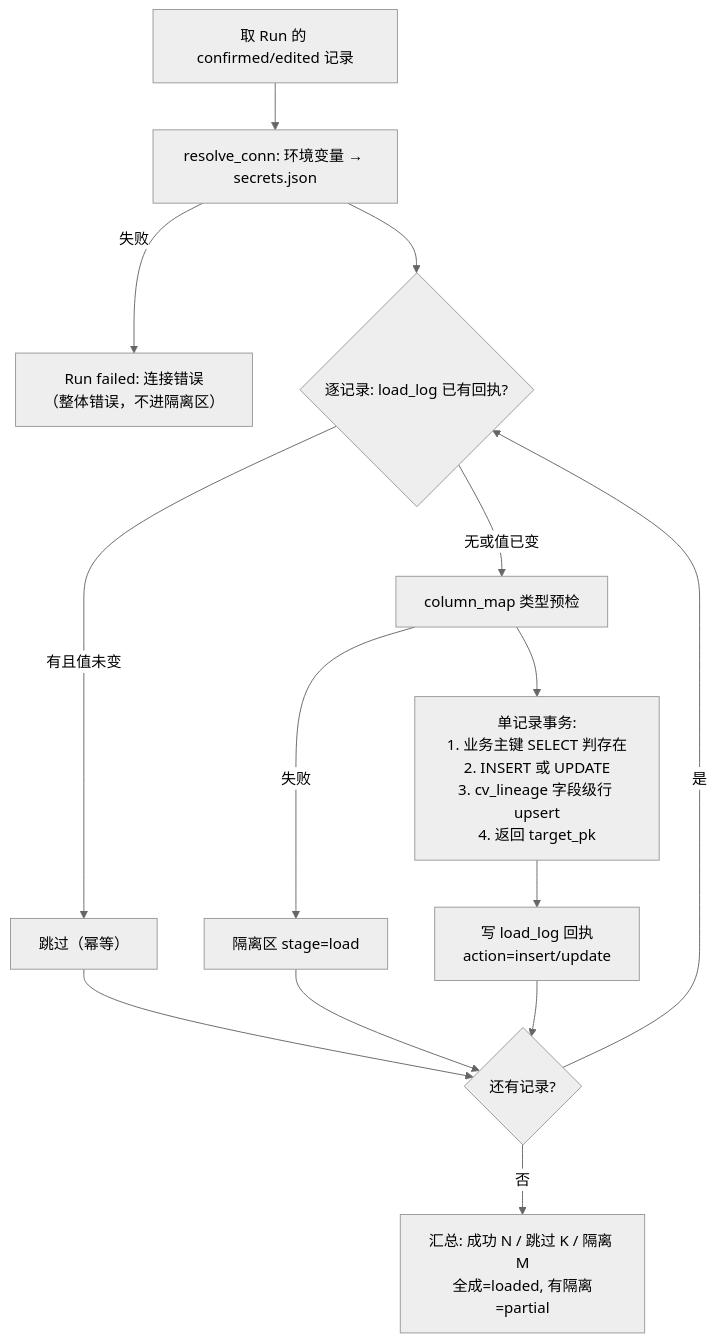
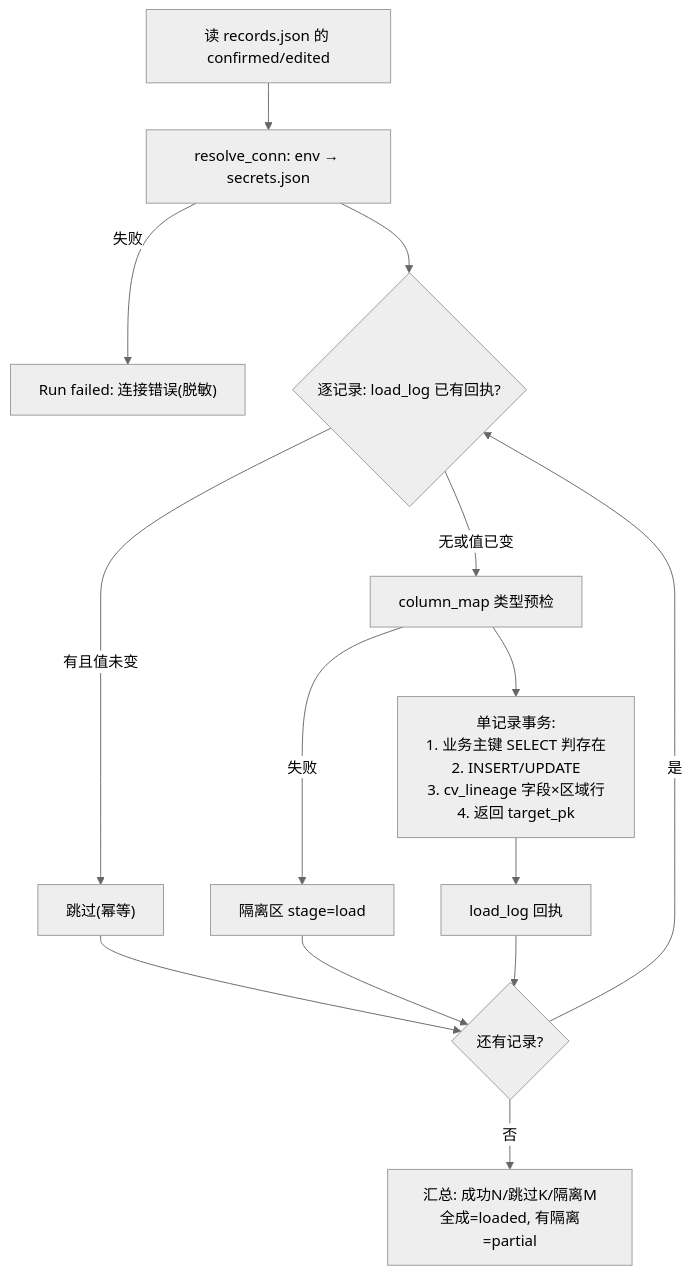
The sixth of 7 diagrams in 20-CV/mvp/docs/design-data-pipeline.md (freeedoooooo/algs), drawn with Mermaid (neutral theme) before and after one commit. The commit also changed other lines of this file and 6 other files, not shown here.

````diff
--- a/20-CV/mvp/docs/design-data-pipeline.md
+++ b/20-CV/mvp/docs/design-data-pipeline.md
@@ -631,16 +611,16 @@
 ```mermaid
 flowchart TD
-    A["取 Run 的 confirmed/edited 记录"] --> B["resolve_conn: 环境变量 → secrets.json"]
-    B -->|失败| F["Run failed: 连接错误<br/>（整体错误，不进隔离区）"]
+    A["读 records.json 的 confirmed/edited"] --> B["resolve_conn: env → secrets.json"]
+    B -->|失败| F["Run failed: 连接错误(脱敏)"]
     B --> C{"逐记录: load_log 已有回执?"}
-    C -->|有且值未变| SK["跳过（幂等）"]
+    C -->|有且值未变| SK["跳过(幂等)"]
     C -->|无或值已变| D["column_map 类型预检"]
     D -->|失败| Q["隔离区 stage=load"]
-    D --> E["单记录事务:<br/>1. 业务主键 SELECT 判存在<br/>2. INSERT 或 UPDATE<br/>3. cv_lineage 字段级行 upsert<br/>4. 返回 target_pk"]
-    E --> G["写 load_log 回执<br/>action=insert/update"]
+    D --> E["单记录事务:<br/>1. 业务主键 SELECT 判存在<br/>2. INSERT/UPDATE<br/>3. cv_lineage 字段×区域行<br/>4. 返回 target_pk"]
+    E --> G["load_log 回执"]
     G --> H{"还有记录?"}
     SK --> H
     Q --> H
     H -->|是| C
-    H -->|否| I["汇总: 成功 N / 跳过 K / 隔离 M<br/>全成=loaded, 有隔离=partial"]
+    H -->|否| I["汇总: 成功N/跳过K/隔离M<br/>全成=loaded, 有隔离=partial"]
 ```
````
